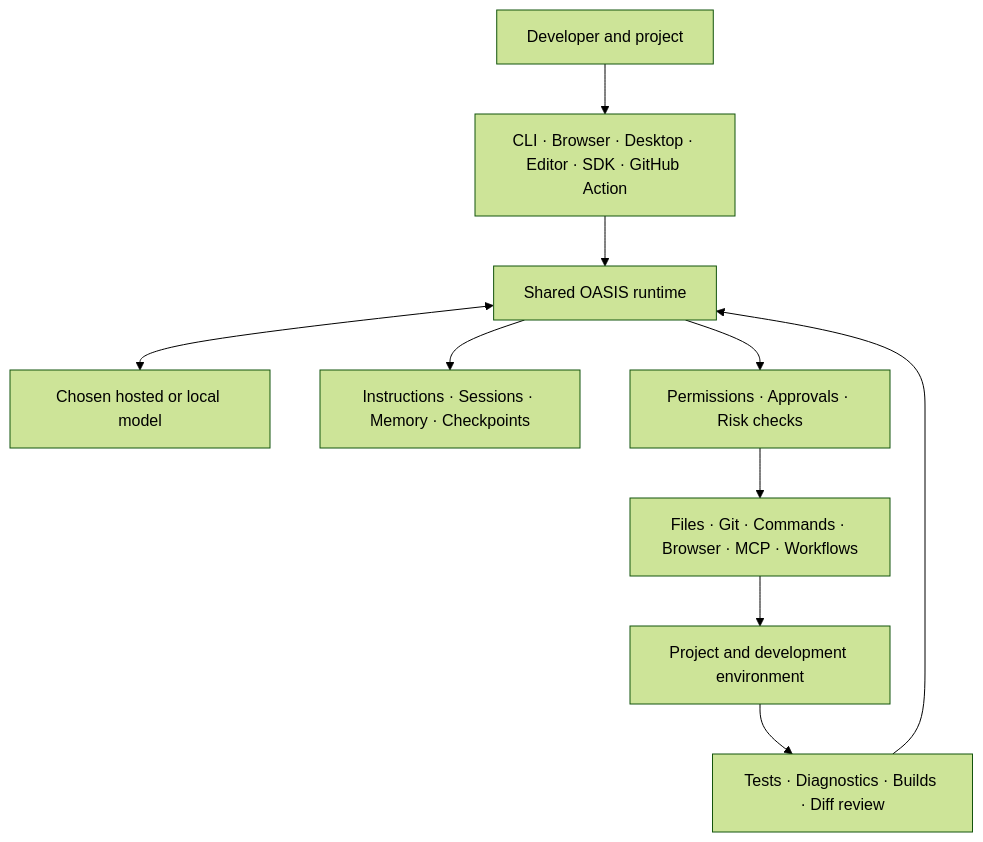
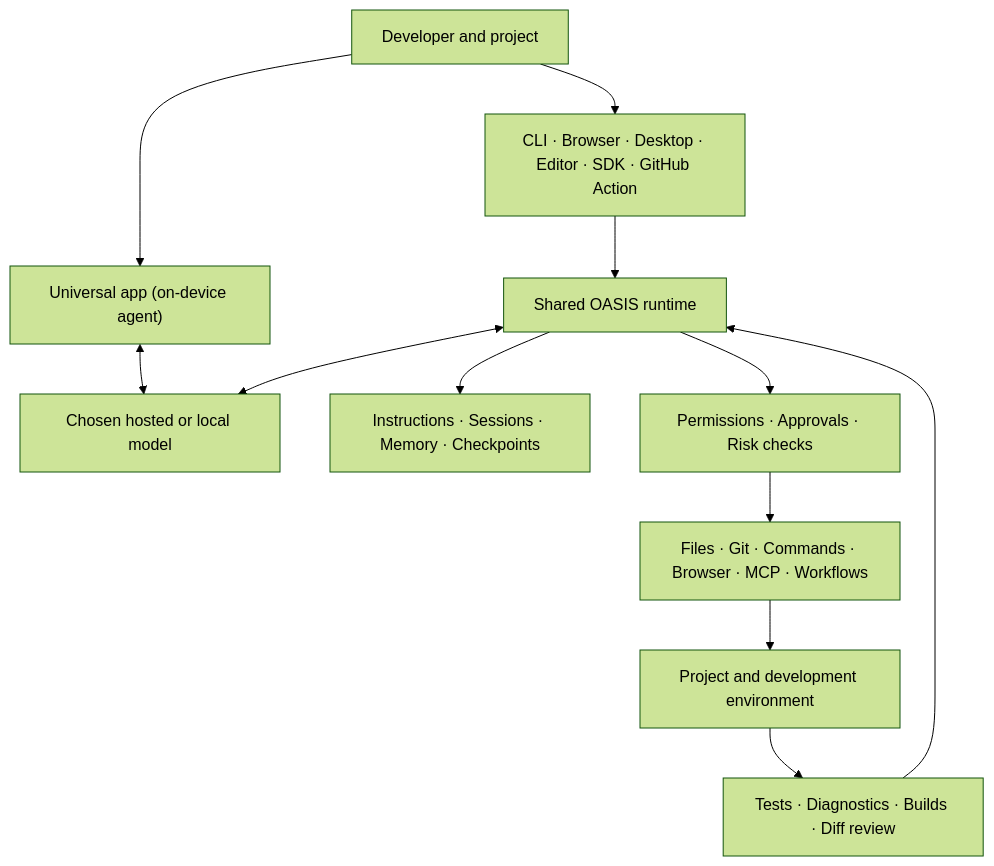
One commit to FAHTHIZ/oasis changed the diagram in README.md. Above: the diagram before and after it, drawn with Mermaid (forest theme). The commit also changed other lines of this file and 9 other files, not shown here.

Commit message:
Docs and homepage: universal app front and center, refreshed install, mobile, architecture and changelog; drop leftover gateway references

````diff
--- a/README.md
+++ b/README.md
@@ -230,12 +242,14 @@
 ```mermaid
 flowchart TD
     User["Developer and project"] --> Surfaces["CLI · Browser · Desktop · Editor · SDK · GitHub Action"]
+    User --> App["Universal app (on-device agent)"]
+    App <--> Model
     Surfaces --> Runtime["Shared OASIS runtime"]
     Runtime <--> Model["Chosen hosted or local model"]
     Runtime --> Context["Instructions · Sessions · Memory · Checkpoints"]
     Runtime --> Policy["Permissions · Approvals · Risk checks"]
     Policy --> Tools["Files · Git · Commands · Browser · MCP · Workflows"]
     Tools --> Project["Project and development environment"]
     Project --> Verify["Tests · Diagnostics · Builds · Diff review"]
     Verify --> Runtime
 ```
````
